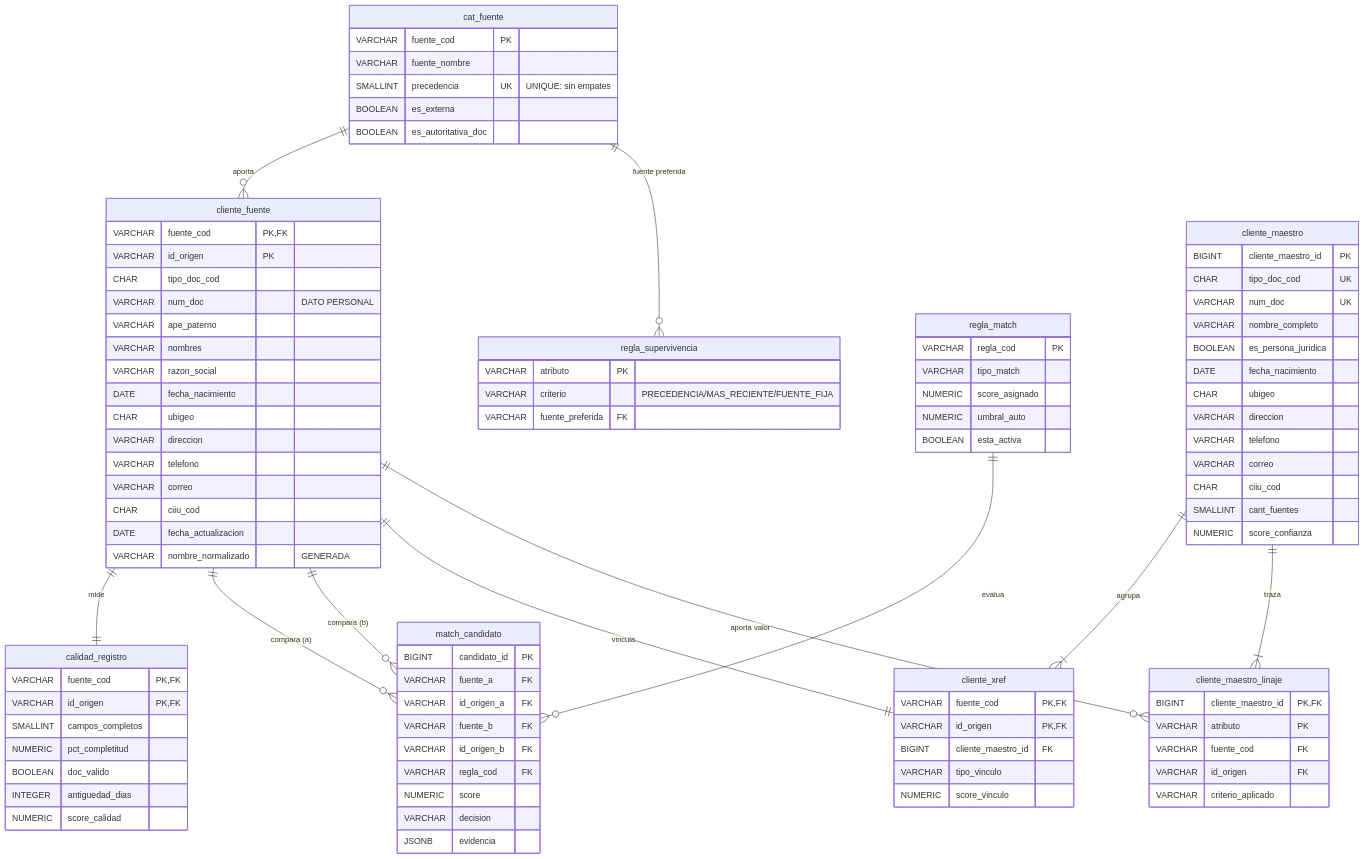
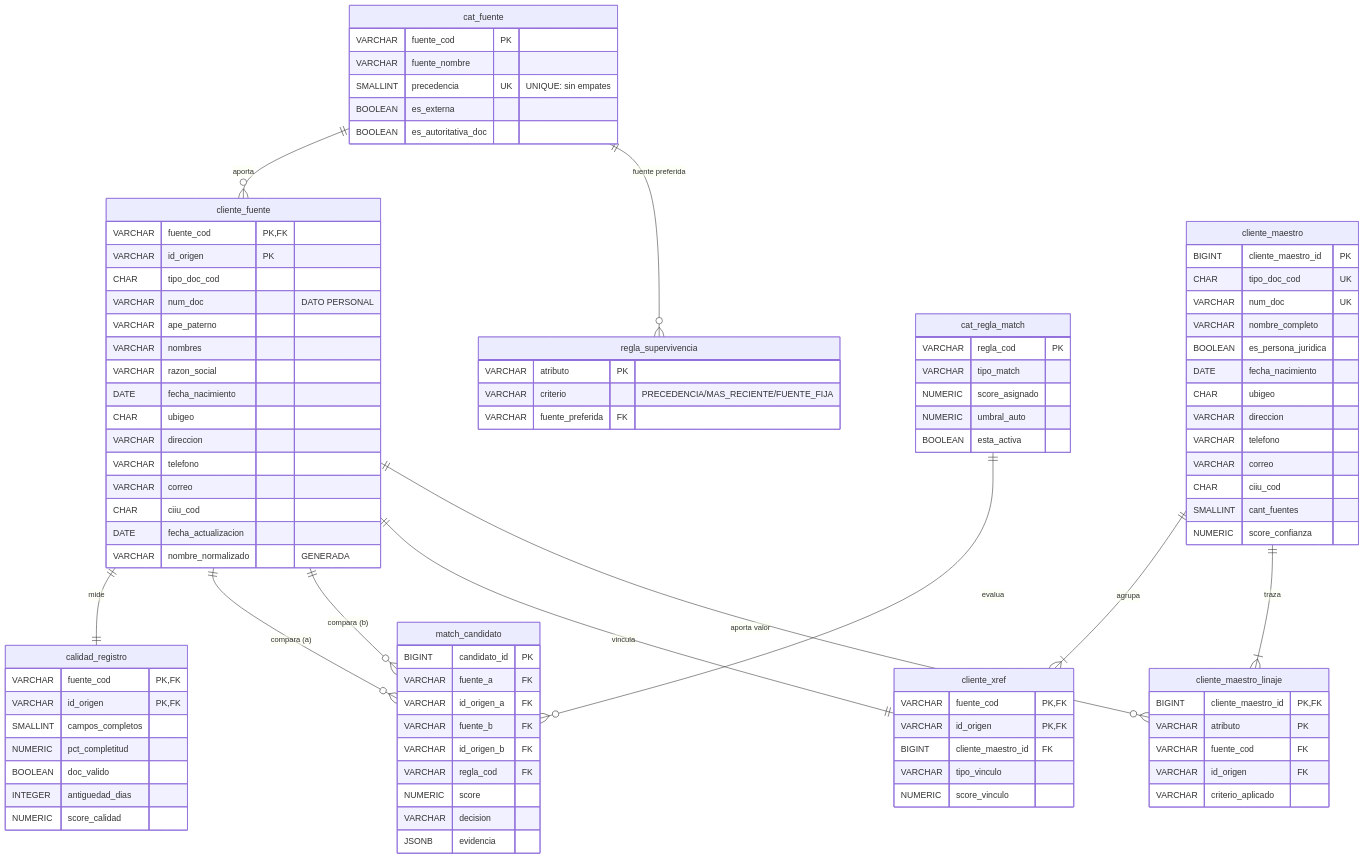
Before and after one commit to EnriqueAquije/ClaudeCode: the diagram in data-modeler-bcp-peru/soluciones/caso-08-cliente-360-mdm/02-modelo-logico.md, drawn with Mermaid. The commit also changed 27 other files, not shown here.

```diff
--- a/data-modeler-bcp-peru/soluciones/caso-08-cliente-360-mdm/02-modelo-logico.md
+++ b/data-modeler-bcp-peru/soluciones/caso-08-cliente-360-mdm/02-modelo-logico.md
@@ -7,7 +7,7 @@
     cliente_fuente      ||--|| calidad_registro : mide
     cliente_fuente      ||--o{ match_candidato : "compara (a)"
     cliente_fuente      ||--o{ match_candidato : "compara (b)"
-    regla_match         ||--o{ match_candidato : evalua
+    cat_regla_match         ||--o{ match_candidato : evalua
     cliente_fuente      ||--|| cliente_xref : vincula
     cliente_maestro     ||--|{ cliente_xref : agrupa
     cliente_maestro     ||--|{ cliente_maestro_linaje : traza
@@ -46,7 +46,7 @@
         INTEGER  antiguedad_dias
         NUMERIC  score_calidad
     }
-    regla_match {
+    cat_regla_match {
         VARCHAR regla_cod PK
         VARCHAR tipo_match
         NUMERIC score_asignado
```
